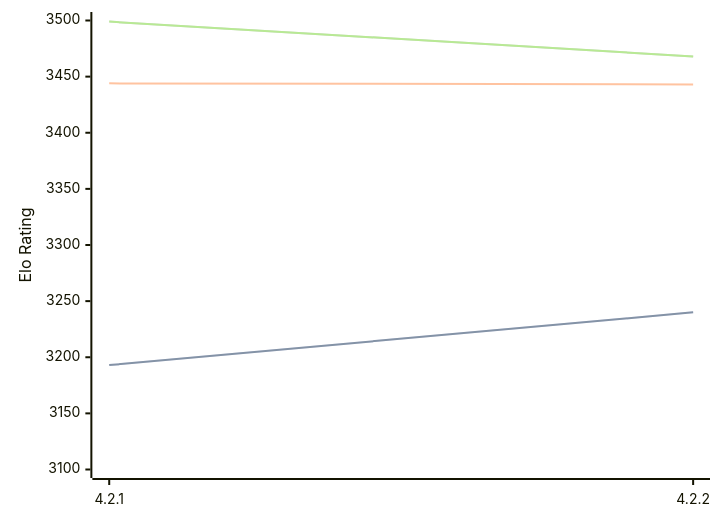
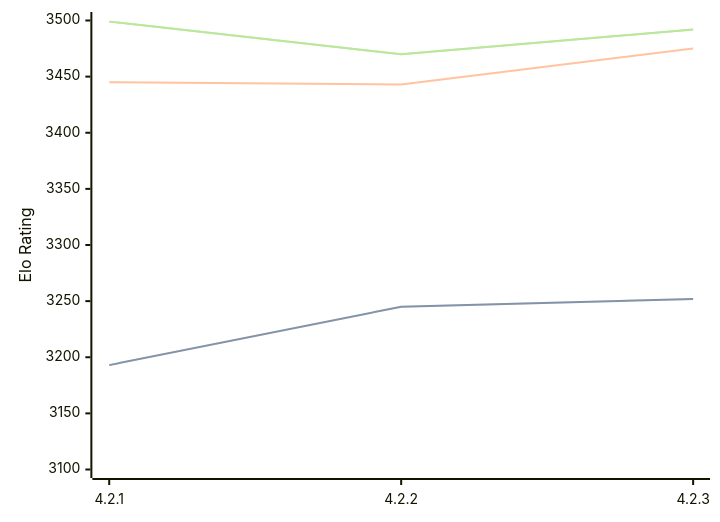
Before and after one commit to computer-chess-index/cci: the diagram in engines/Gaia.md, drawn with Mermaid. The commit also changed other lines of this file, not shown here.

Commit message:
Update CCI Ratings (ELO VLTC) - 2026-08-23

````diff
--- a/engines/Gaia.md
+++ b/engines/Gaia.md
@@ -36,11 +37,11 @@
 ```mermaid
 %%{init: {"theme":"base","themeVariables":{"seriesColors:['#a3a3a3','#222221','#faa371']}}}%%
 xychart-beta
-  x-axis ["4.2.1", "4.2.2"]
+  x-axis ["4.2.1", "4.2.2", "4.2.3"]
   y-axis "Elo Rating" 3100 --> 3500
-  line "STC (8.0+0.08s)" [3193, 3240]
-  line "STC (8.0+0.08s)" [3193, 3240]
-  line "LTC (60.0+0.60s)" [3444, 3443]
-  line "VLTC (2m24s+1.12s)" [3499, 3468]
-  line "VLTC (2m24s+1.12s)" [3499, 3468]
+  line "STC (8.0+0.08s)" [3193, 3245, 3252]
+  line "STC (8.0+0.08s)" [3193, 3245, 3252]
+  line "LTC (60.0+0.60s)" [3445, 3443, 3475]
+  line "VLTC (2m24s+1.12s)" [3499, 3470, 3492]
+  line "VLTC (2m24s+1.12s)" [3499, 3470, 3492]
 ```
````
